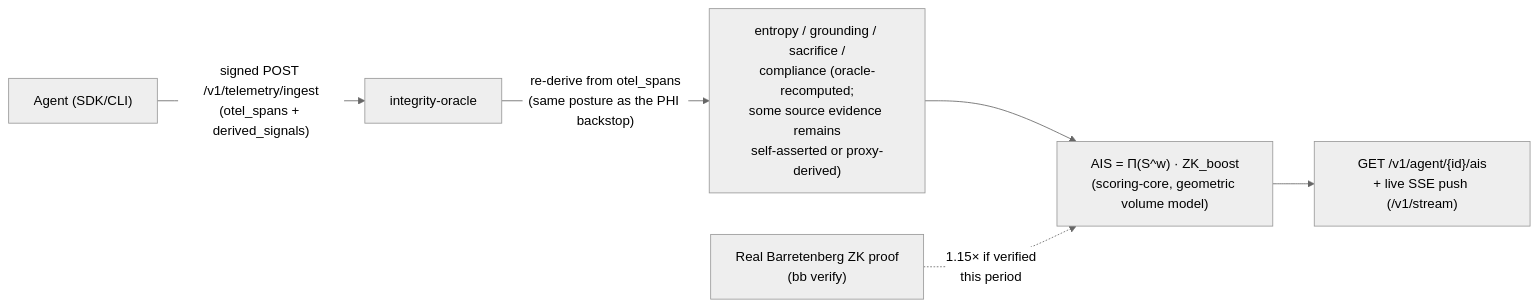
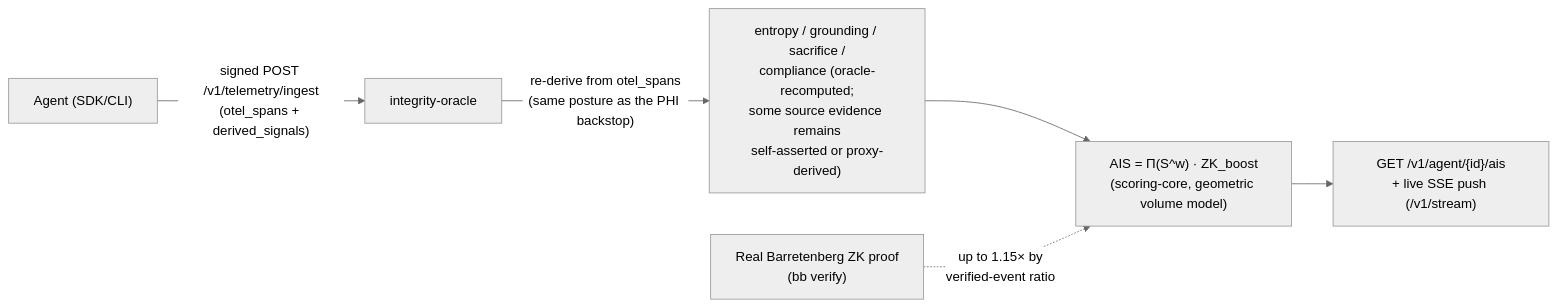
The diagram in docs/wiki/concepts/ais.md (XibalbaTechSol/integrity-core), drawn with Mermaid (neutral theme) before and after one commit. The commit also changed other lines of this file and 141 other files, not shown here.

````diff
--- a/docs/wiki/concepts/ais.md
+++ b/docs/wiki/concepts/ais.md
@@ -53,8 +54,8 @@
 ```mermaid
 flowchart LR
     Agent["Agent (SDK/CLI)"] -->|"signed POST /v1/telemetry/ingest<br/>(otel_spans + derived_signals)"| Oracle["integrity-oracle"]
     Oracle -->|"re-derive from otel_spans<br/>(same posture as the PHI backstop)"| Recompute["entropy / grounding / sacrifice /<br/>compliance (oracle-recomputed;<br/>some source evidence remains<br/>self-asserted or proxy-derived)"]
     Recompute --> Formula["AIS = Π(S^w) · ZK_boost<br/>(scoring-core, geometric volume model)"]
-    ZK["Real Barretenberg ZK proof<br/>(bb verify)"] -.->|"1.15× if verified<br/>this period"| Formula
+    ZK["Real Barretenberg ZK proof<br/>(bb verify)"] -.->|"up to 1.15× by<br/>verified-event ratio"| Formula
     Formula --> API["GET /v1/agent/{id}/ais<br/>+ live SSE push (/v1/stream)"]
 ```
````
